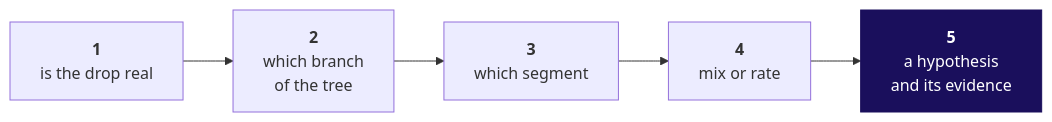
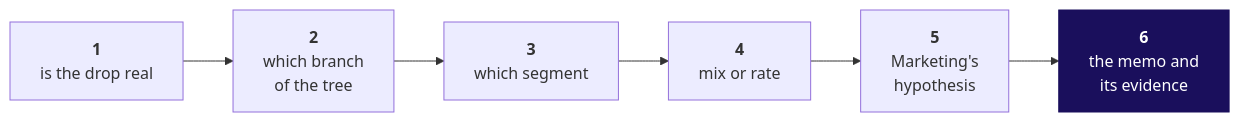
One commit to fde-academy-lab/c2-content-factory changed the first of 6 diagrams in content/W01/D2/whiteboards/C2_W01_D02_board_work_STUDENT.md. Above: the diagram before and after it, drawn with Mermaid. The commit also changed other lines of this file and 9 other files, not shown here.

````diff
--- a/content/W01/D2/whiteboards/C2_W01_D02_board_work_STUDENT.md
+++ b/content/W01/D2/whiteboards/C2_W01_D02_board_work_STUDENT.md
@@ -17,9 +18,10 @@
 ```mermaid
 flowchart LR
     R1["<b>1</b><br/>is the drop real"] --> R2["<b>2</b><br/>which branch<br/>of the tree"]
     R2 --> R3["<b>3</b><br/>which segment"]
     R3 --> R4["<b>4</b><br/>mix or rate"]
-    R4 --> R5["<b>5</b><br/>a hypothesis<br/>and its evidence"]
+    R4 --> R5["<b>5</b><br/>Marketing's<br/>hypothesis"]
+    R5 --> R6["<b>6</b><br/>the memo and<br/>its evidence"]
     classDef bet fill:#1A0F5C,stroke:#1A0F5C,color:#FFFFFF
-    class R5 bet
+    class R6 bet
 ```
````
